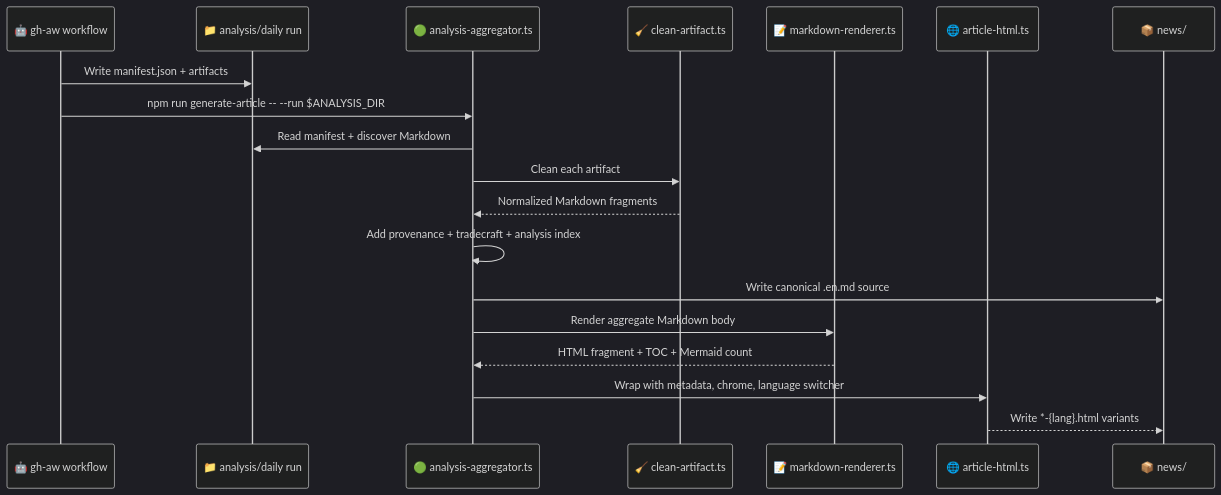
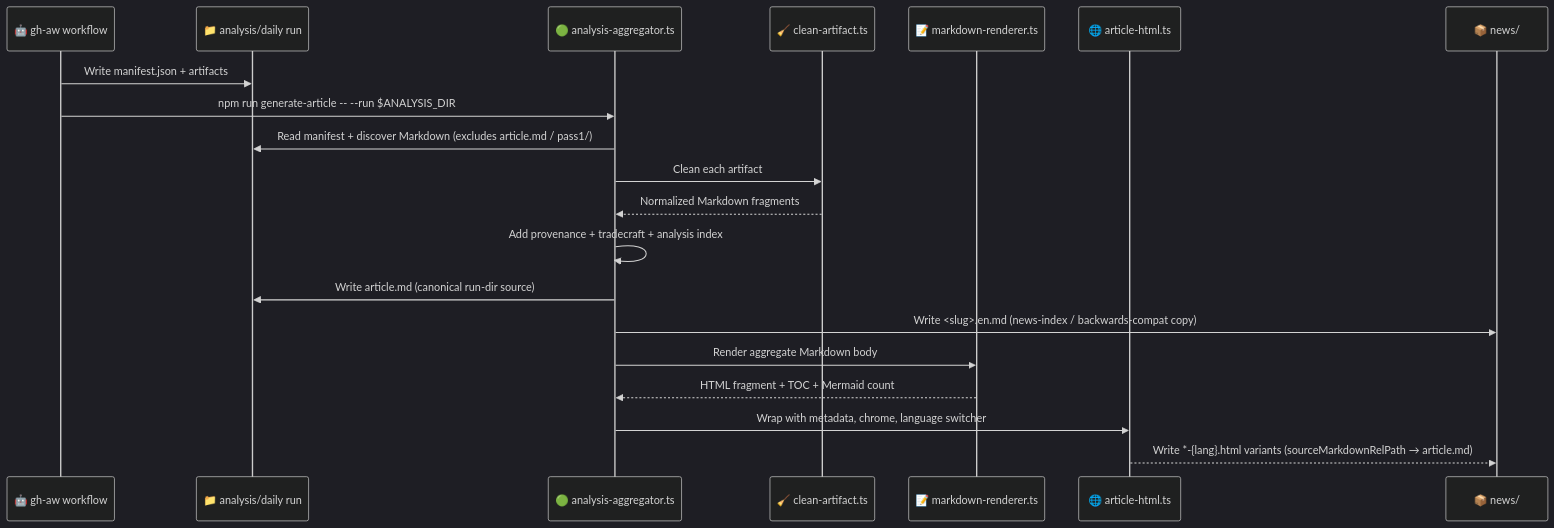
One commit to Hack23/euparliamentmonitor changed the third of 3 diagrams in Article-Generation.md. Above: the diagram before and after it, drawn with Mermaid. The commit also changed other lines of this file and 965 other files, not shown here.

First line of the commit message:
feat: write article.md to analysis run directory (riksdagsmonitor pattern), backport all 63 runs

````diff
--- a/Article-Generation.md
+++ b/Article-Generation.md
@@ -315,23 +338,24 @@
 ```mermaid
 %%{init: {"theme":"dark","themeVariables":{"primaryColor":"#1565C0","primaryTextColor":"#ffffff","lineColor":"#90CAF9","secondaryColor":"#2E7D32","secondaryTextColor":"#ffffff","tertiaryColor":"#FF9800","tertiaryTextColor":"#000000","noteBkgColor":"#FFC107","errorBkgColor":"#D32F2F","fontFamily":"Inter, Helvetica, Arial, sans-serif"}}}%%
 sequenceDiagram
     participant WF as 🤖 gh-aw workflow
     participant FS as 📁 analysis/daily run
     participant AG as 🟢 analysis-aggregator.ts
     participant CL as 🧹 clean-artifact.ts
     participant MD as 📝 markdown-renderer.ts
     participant HTML as 🌐 article-html.ts
     participant OUT as 📦 news/
 
     WF->>FS: Write manifest.json + artifacts
     WF->>AG: npm run generate-article -- --run $ANALYSIS_DIR
-    AG->>FS: Read manifest + discover Markdown
+    AG->>FS: Read manifest + discover Markdown (excludes article.md / pass1/)
     AG->>CL: Clean each artifact
     CL-->>AG: Normalized Markdown fragments
     AG->>AG: Add provenance + tradecraft + analysis index
-    AG->>OUT: Write canonical .en.md source
+    AG->>FS: Write article.md (canonical run-dir source)
+    AG->>OUT: Write <slug>.en.md (news-index / backwards-compat copy)
     AG->>MD: Render aggregate Markdown body
     MD-->>AG: HTML fragment + TOC + Mermaid count
     AG->>HTML: Wrap with metadata, chrome, language switcher
-    HTML-->>OUT: Write *-{lang}.html variants
+    HTML-->>OUT: Write *-{lang}.html variants (sourceMarkdownRelPath → article.md)
 ```
````
